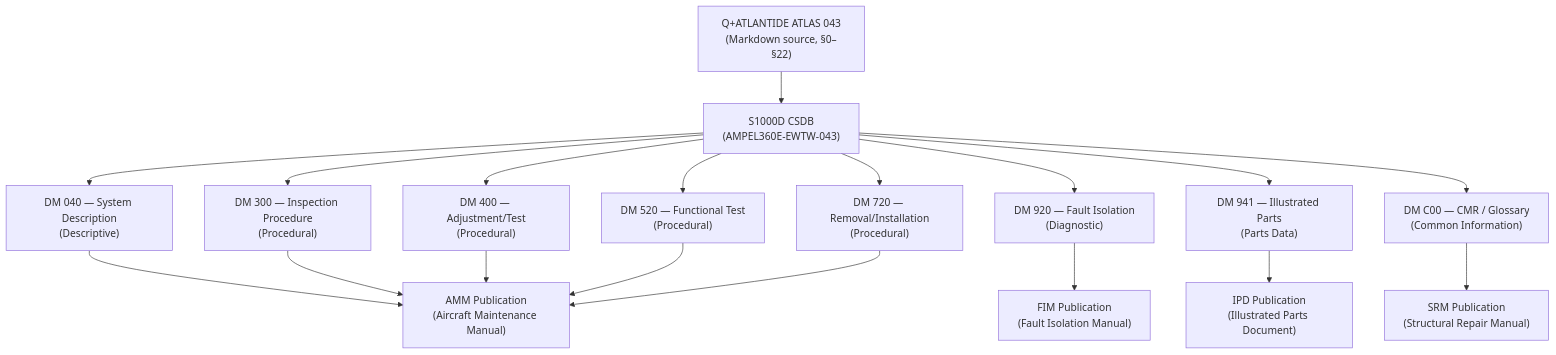
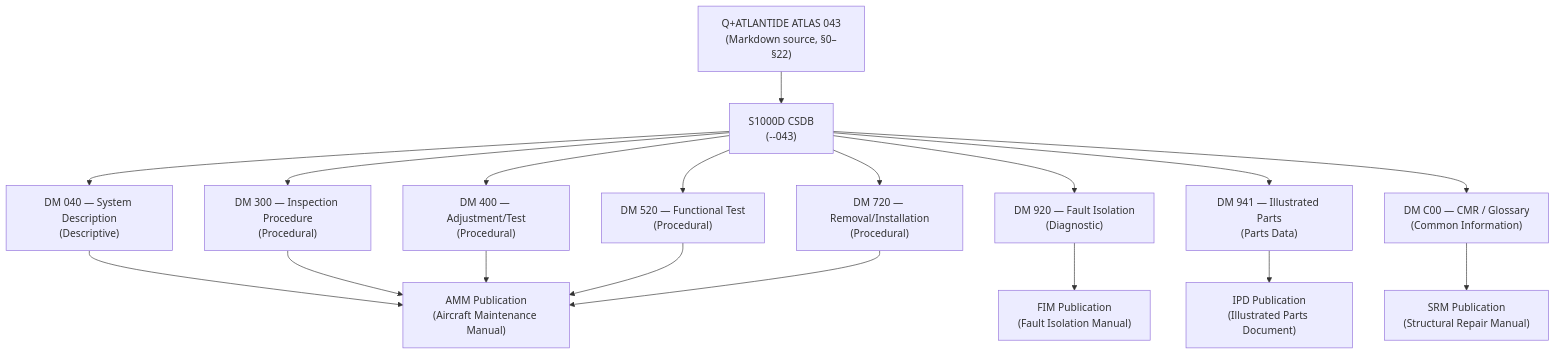
The first of 3 diagrams in Q+ATLANTIDE/000-099_ATLAS/040-049_Avionica-Informacion-y-APU/043_Emergency-Solar-Panel-System/043-090-S1000D-CSDB-Mapping-and-Traceability.md (AmedeoPelliccia/Qplus-For-All-Queer-People-and-Quantum), drawn with Mermaid before and after one commit. The commit also changed other lines of this file and 51 other files, not shown here.

First line of the commit message:
Generalize all 52 ATLAS S1000D-CSDB mapping files: remove AMPEL360E/eWTW/Programmes_example references, add scope: agnostic-standard, use generic DMC placeholders

````diff
--- a/Q+ATLANTIDE/000-099_ATLAS/040-049_Avionica-Informacion-y-APU/043_Emergency-Solar-Panel-System/043-090-S1000D-CSDB-Mapping-and-Traceability.md
+++ b/Q+ATLANTIDE/000-099_ATLAS/040-049_Avionica-Informacion-y-APU/043_Emergency-Solar-Panel-System/043-090-S1000D-CSDB-Mapping-and-Traceability.md
@@ -143,29 +144,29 @@
 ```mermaid
 graph TD
     QATL["Q+ATLANTIDE ATLAS 043\n(Markdown source, §0–§22)"]
-    CSDB["S1000D CSDB\n(AMPEL360E-EWTW-043)"]
+    CSDB["S1000D CSDB\n(<MODEL>-<SYSTEMDIFF>-043)"]
 
     DMDesc["DM 040 — System Description\n(Descriptive)"]
     DMInsp["DM 300 — Inspection Procedure\n(Procedural)"]
     DMAdjust["DM 400 — Adjustment/Test\n(Procedural)"]
     DMTest["DM 520 — Functional Test\n(Procedural)"]
     DMRemove["DM 720 — Removal/Installation\n(Procedural)"]
     DMFIM["DM 920 — Fault Isolation\n(Diagnostic)"]
     DMIPD["DM 941 — Illustrated Parts\n(Parts Data)"]
     DMCMR["DM C00 — CMR / Glossary\n(Common Information)"]
 
     Pub_AMM["AMM Publication\n(Aircraft Maintenance Manual)"]
     Pub_FIM["FIM Publication\n(Fault Isolation Manual)"]
     Pub_IPD["IPD Publication\n(Illustrated Parts Document)"]
     Pub_SRM["SRM Publication\n(Structural Repair Manual)"]
 
     QATL --> CSDB
     CSDB --> DMDesc --> Pub_AMM
     CSDB --> DMInsp --> Pub_AMM
     CSDB --> DMAdjust --> Pub_AMM
     CSDB --> DMTest --> Pub_AMM
     CSDB --> DMRemove --> Pub_AMM
     CSDB --> DMFIM --> Pub_FIM
     CSDB --> DMIPD --> Pub_IPD
     CSDB --> DMCMR --> Pub_SRM
 ```
````
